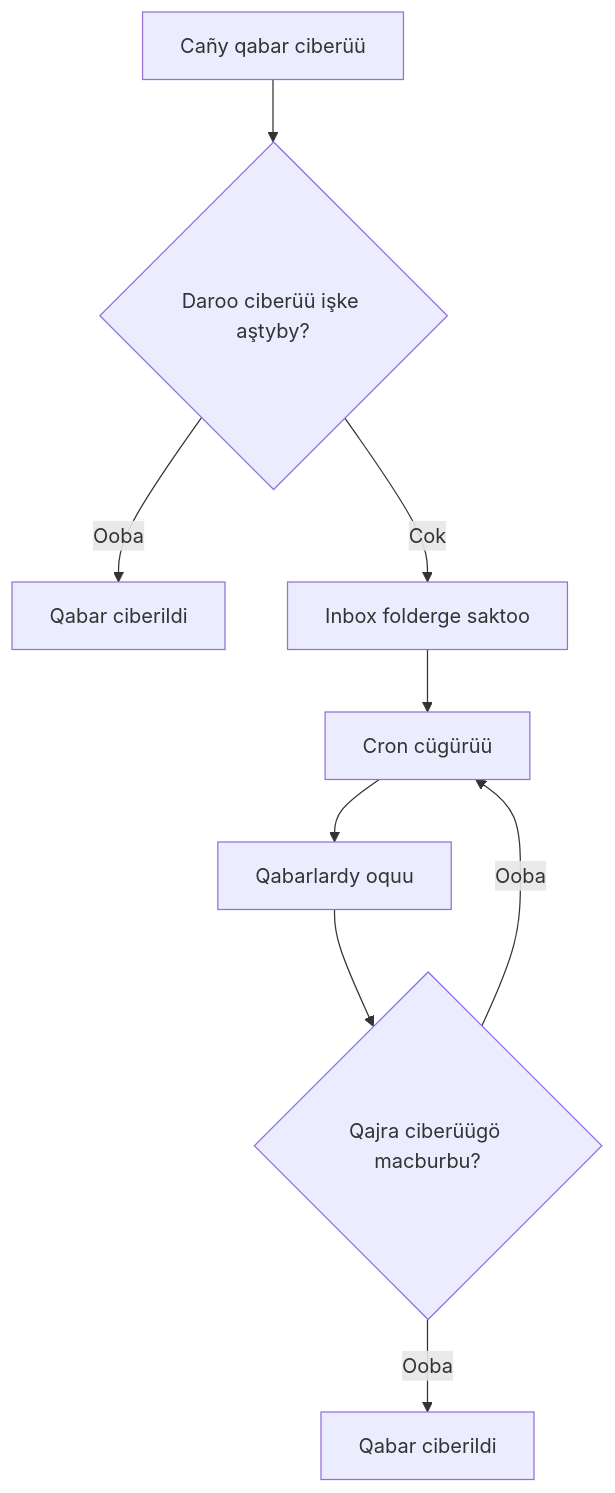
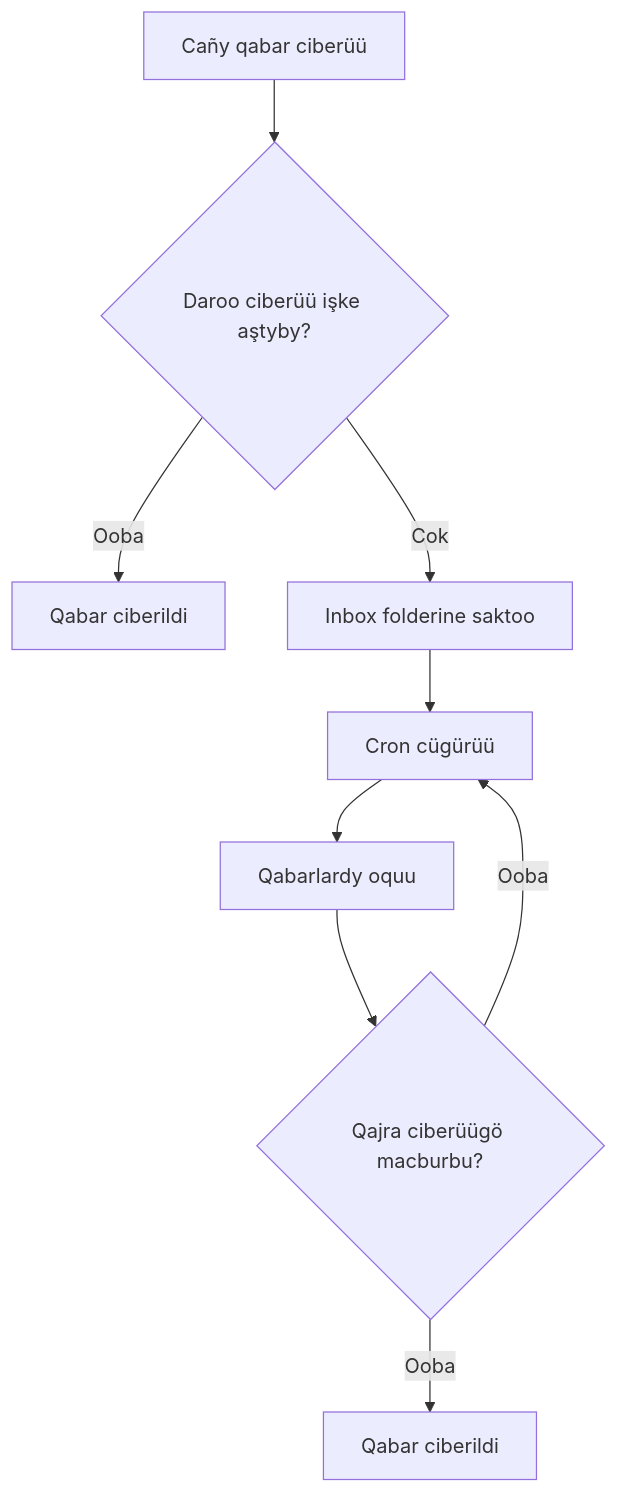
Before and after one commit to sultaniman/kpow: the second of 2 diagrams in docs/qy/developer-guide.md, drawn with Mermaid. The commit also changed other lines of this file and 4 other files, not shown here.

````diff
--- a/docs/qy/developer-guide.md
+++ b/docs/qy/developer-guide.md
@@ -84,11 +84,11 @@
 ```mermaid
 flowchart TD
     A[Cañy qabar ciberüü] --> B{Daroo ciberüü işke aştyby?}
     B -- Ooba --> C[Qabar ciberildi]
-    B -- Cok --> D[Inbox folderge saktoo]
+    B -- Cok --> D[Inbox folderine saktoo]
     D --> E[Cron cügürüü]
     E --> F[Qabarlardy oquu]
     F --> G{Qajra ciberüügö macburbu?}
     G -- Ooba --> H[Qabar ciberildi]
     G -- Ooba --> E
 ```
````
